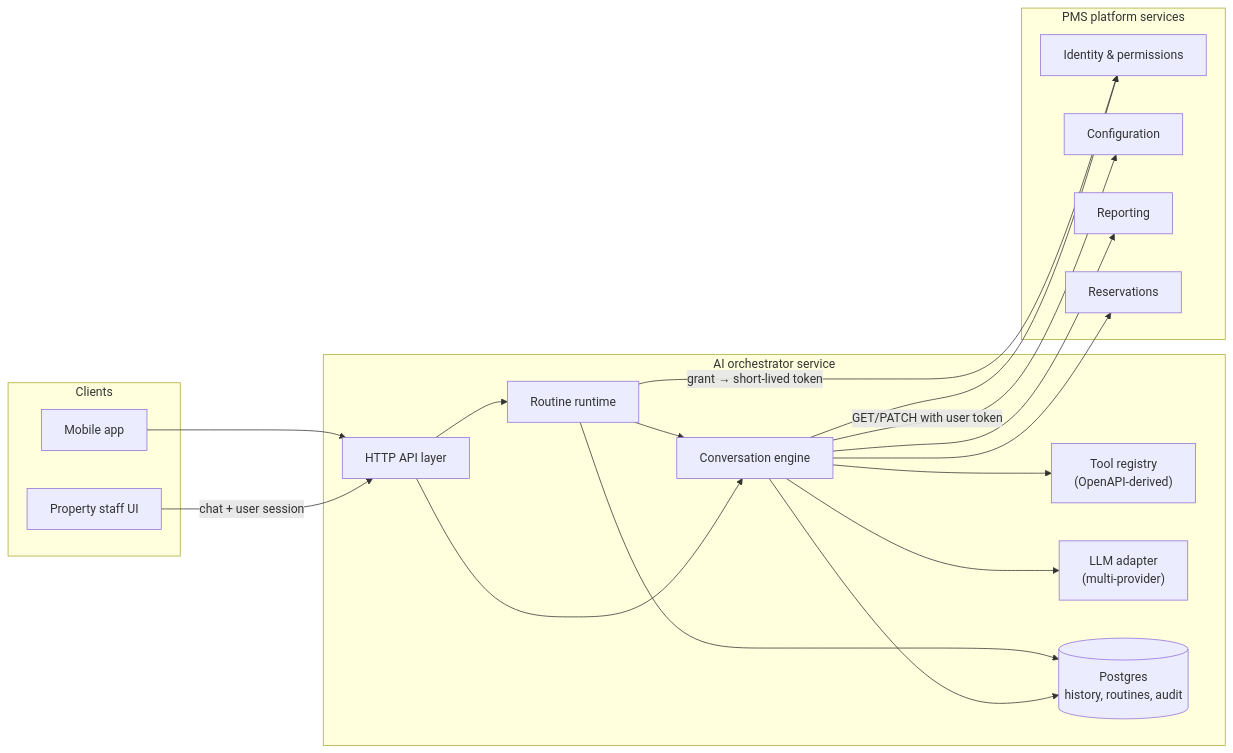
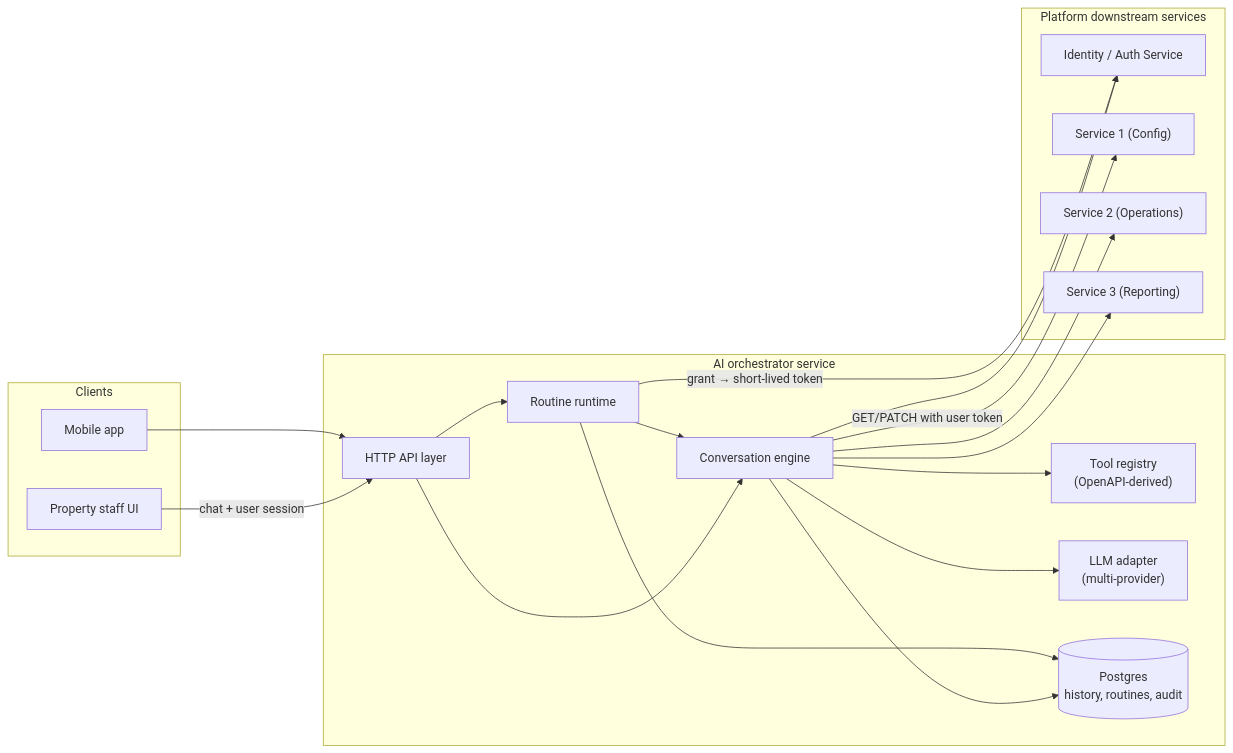
Before and after one commit to sahsisunny/Personal-Portfolio: the first of 6 diagrams in content/blog/hotel-pms-ai-orchestrator.mdx, drawn with Mermaid. The commit also changed other lines of this file and 5 other files, not shown here.

Commit message:
refactor(content): anonymize internal service names to Service 1/2/3 and fix sequence diagram syntax

````diff
--- a/content/blog/hotel-pms-ai-orchestrator.mdx
+++ b/content/blog/hotel-pms-ai-orchestrator.mdx
@@ -40,38 +40,38 @@
 ```mermaid
 flowchart LR
   subgraph Clients
     Web["Property staff UI"]
     Mobile["Mobile app"]
   end
 
   subgraph Orchestrator["AI orchestrator service"]
     HTTP["HTTP API layer"]
     ENG["Conversation engine"]
     RT["Routine runtime"]
     REG["Tool registry\n(OpenAPI-derived)"]
     LLM["LLM adapter\n(multi-provider)"]
     PG[("Postgres\nhistory, routines, audit")]
   end
 
-  subgraph Platform["PMS platform services"]
-    AUTH["Identity & permissions"]
-    CFG["Configuration"]
-    RPT["Reporting"]
-    RES["Reservations"]
+  subgraph Platform["Platform downstream services"]
+    AUTH["Identity / Auth Service"]
+    S1["Service 1 (Config)"]
+    S2["Service 2 (Operations)"]
+    S3["Service 3 (Reporting)"]
   end
 
   Web -->|"chat + user session"| HTTP
   Mobile --> HTTP
   HTTP --> ENG
   HTTP --> RT
   ENG --> LLM
   ENG --> REG
   RT --> ENG
-  ENG -->|"GET/PATCH with user token"| CFG
+  ENG -->|"GET/PATCH with user token"| S1
   ENG --> AUTH
-  ENG --> RPT
-  ENG --> RES
+  ENG --> S2
+  ENG --> S3
   RT -->|"grant → short-lived token"| AUTH
   ENG --> PG
   RT --> PG
 ```
````
